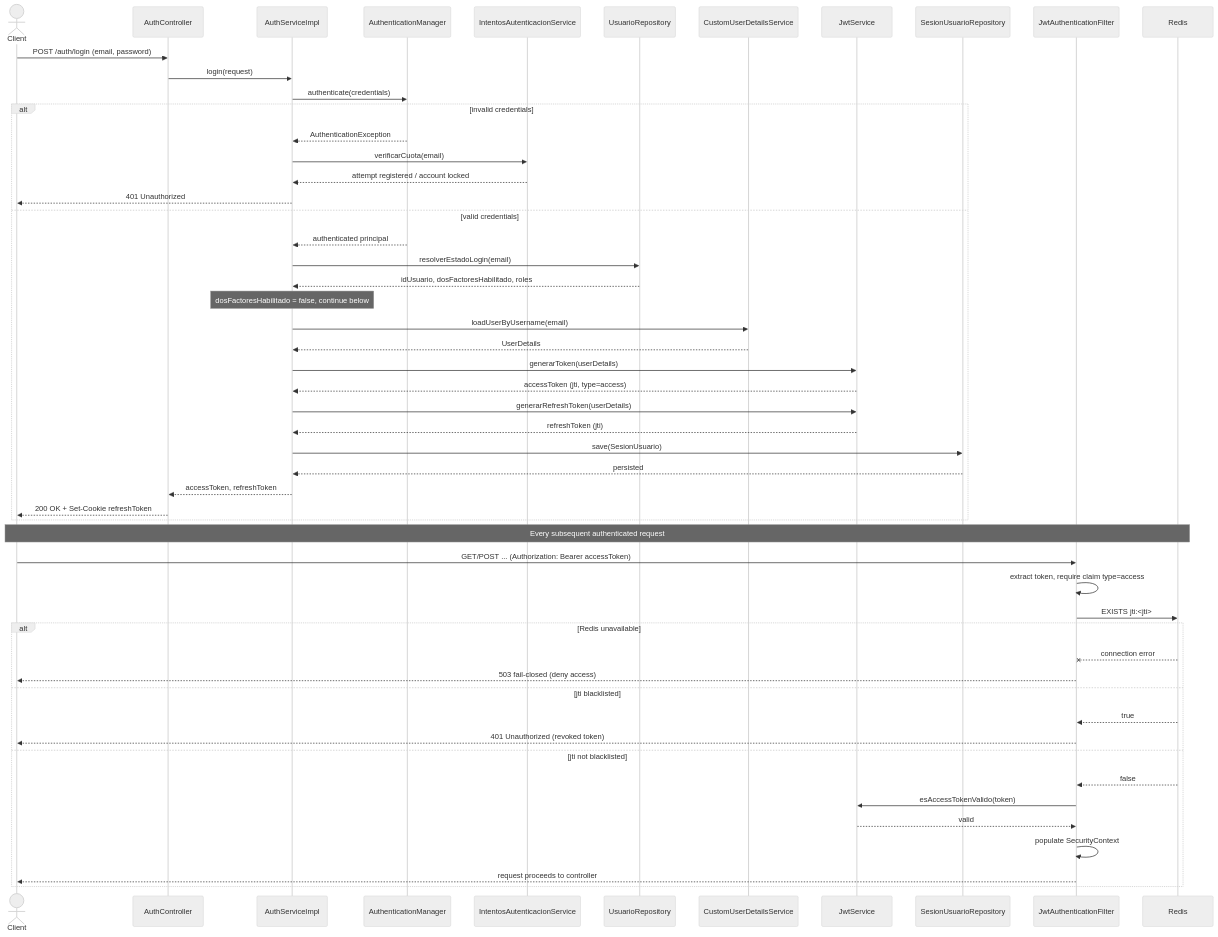
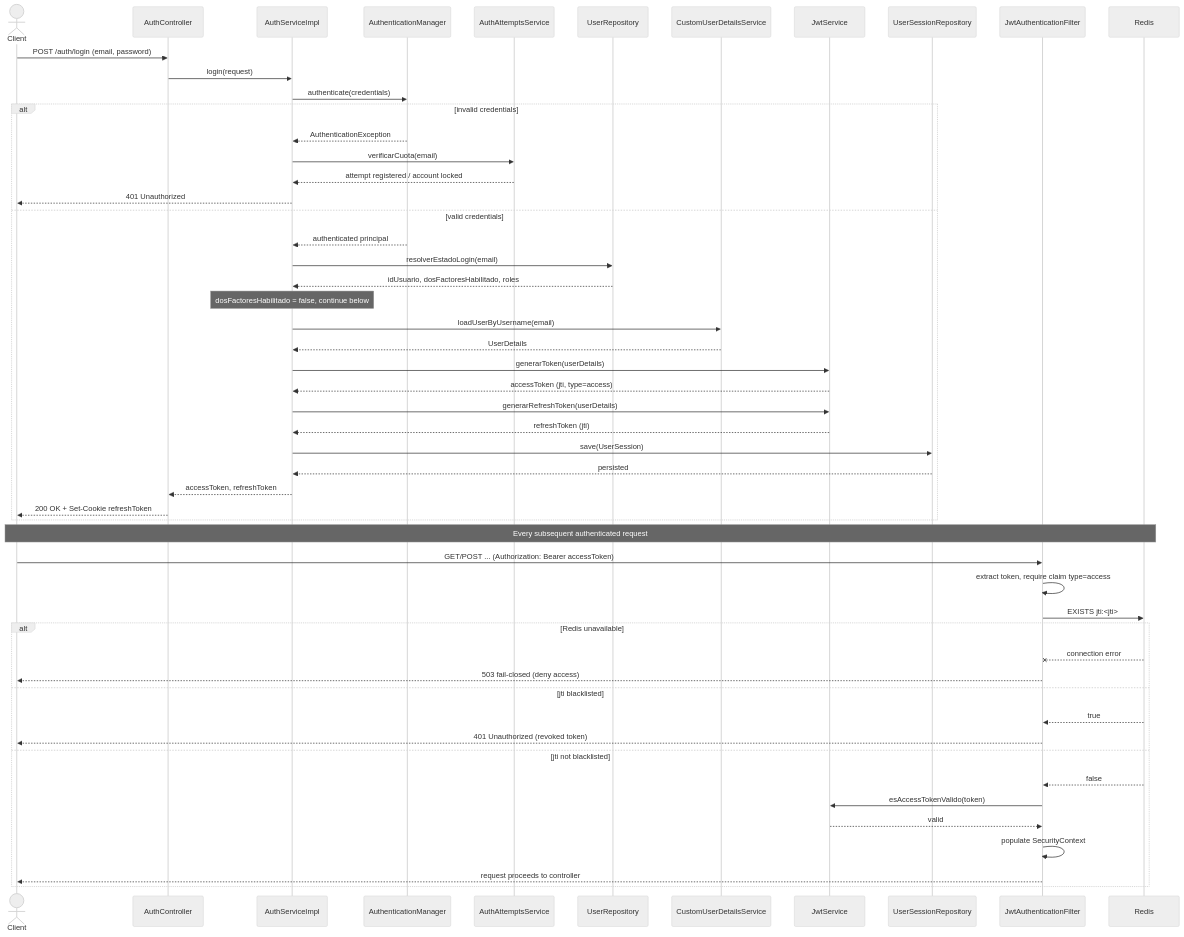
One commit to JohanCarvajal04/Proyecto-WEB-ARTISYNC changed the second of 4 diagrams in docs/diagramas/Secuencia_Login_JWT.md. Above: the diagram before and after it, drawn with Mermaid (neutral theme). The commit also changed other lines of this file and 6 other files, not shown here.

````diff
--- a/docs/diagramas/Secuencia_Login_JWT.md
+++ b/docs/diagramas/Secuencia_Login_JWT.md
@@ -95,57 +95,57 @@
 ```mermaid
 sequenceDiagram
     actor Client
     participant AuthCtrl as AuthController
     participant AuthSvc as AuthServiceImpl
     participant AuthMgr as AuthenticationManager
-    participant Quota as IntentosAutenticacionService
-    participant UserRepo as UsuarioRepository
+    participant Quota as AuthAttemptsService
+    participant UserRepo as UserRepository
     participant UDS as CustomUserDetailsService
     participant JwtSvc as JwtService
-    participant SessionRepo as SesionUsuarioRepository
+    participant SessionRepo as UserSessionRepository
     participant Filter as JwtAuthenticationFilter
     participant Redis
 
     Client->>AuthCtrl: POST /auth/login (email, password)
     AuthCtrl->>AuthSvc: login(request)
     AuthSvc->>AuthMgr: authenticate(credentials)
     alt invalid credentials
         AuthMgr-->>AuthSvc: AuthenticationException
         AuthSvc->>Quota: verificarCuota(email)
         Quota-->>AuthSvc: attempt registered / account locked
         AuthSvc-->>Client: 401 Unauthorized
     else valid credentials
         AuthMgr-->>AuthSvc: authenticated principal
         AuthSvc->>UserRepo: resolverEstadoLogin(email)
         UserRepo-->>AuthSvc: idUsuario, dosFactoresHabilitado, roles
         Note over AuthSvc: dosFactoresHabilitado = false, continue below
         AuthSvc->>UDS: loadUserByUsername(email)
         UDS-->>AuthSvc: UserDetails
         AuthSvc->>JwtSvc: generarToken(userDetails)
         JwtSvc-->>AuthSvc: accessToken (jti, type=access)
         AuthSvc->>JwtSvc: generarRefreshToken(userDetails)
         JwtSvc-->>AuthSvc: refreshToken (jti)
-        AuthSvc->>SessionRepo: save(SesionUsuario)
+        AuthSvc->>SessionRepo: save(UserSession)
         SessionRepo-->>AuthSvc: persisted
         AuthSvc-->>AuthCtrl: accessToken, refreshToken
         AuthCtrl-->>Client: 200 OK + Set-Cookie refreshToken
     end
 
     Note over Client,Redis: Every subsequent authenticated request
     Client->>Filter: GET/POST ... (Authorization: Bearer accessToken)
     Filter->>Filter: extract token, require claim type=access
     Filter->>Redis: EXISTS jti:<jti>
     alt Redis unavailable
         Redis--xFilter: connection error
         Filter-->>Client: 503 fail-closed (deny access)
     else jti blacklisted
         Redis-->>Filter: true
         Filter-->>Client: 401 Unauthorized (revoked token)
     else jti not blacklisted
         Redis-->>Filter: false
         Filter->>JwtSvc: esAccessTokenValido(token)
         JwtSvc-->>Filter: valid
         Filter->>Filter: populate SecurityContext
         Filter-->>Client: request proceeds to controller
     end
 ```
````
